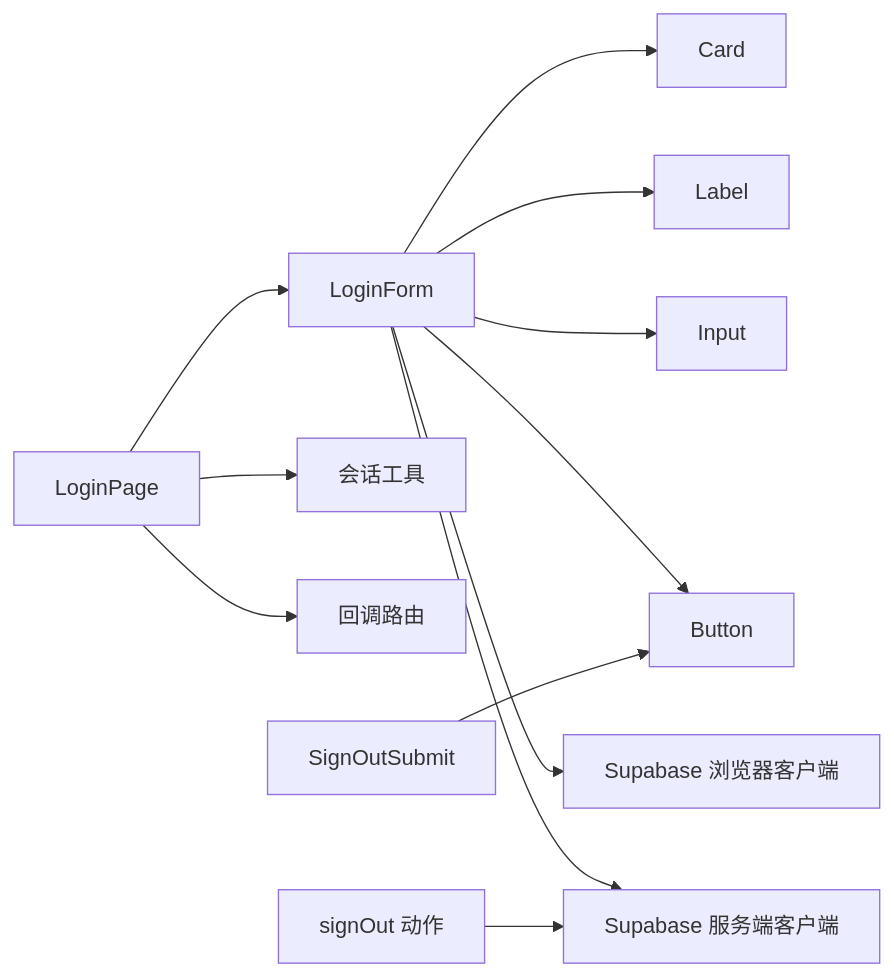
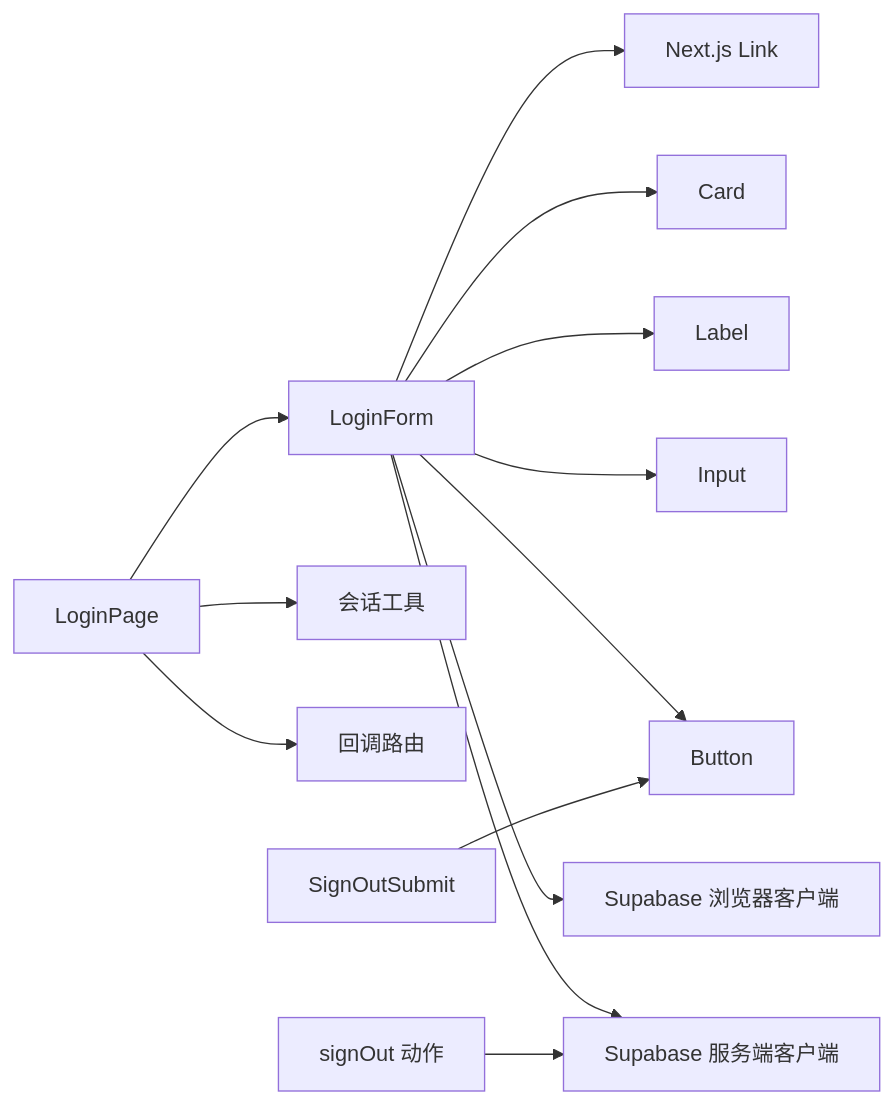
The fifth of 5 diagrams in .qoder/repowiki/zh/content/用户认证系统/认证组件.md (qiuziGirl/smart-todo), drawn with Mermaid before and after one commit. The commit also changed other lines of this file and 8 other files, not shown here.

````diff
--- a/.qoder/repowiki/zh/content/用户认证系统/认证组件.md
+++ b/.qoder/repowiki/zh/content/用户认证系统/认证组件.md
@@ -306,14 +324,15 @@
 ```mermaid
 graph LR
 LoginForm["LoginForm"] --> SupaClient["Supabase 浏览器客户端"]
 LoginForm --> SupaServer["Supabase 服务端客户端"]
 LoginForm --> UI_Button["Button"]
 LoginForm --> UI_Input["Input"]
 LoginForm --> UI_Label["Label"]
 LoginForm --> UI_Card["Card"]
+LoginForm --> Next_Link["Next.js Link"]
 LoginPage["LoginPage"] --> LoginForm
 LoginPage --> SessionUtil["会话工具"]
 LoginPage --> CallbackRoute["回调路由"]
 SignOutSubmit["SignOutSubmit"] --> UI_Button
 AuthAction["signOut 动作"] --> SupaServer
 ```
````
